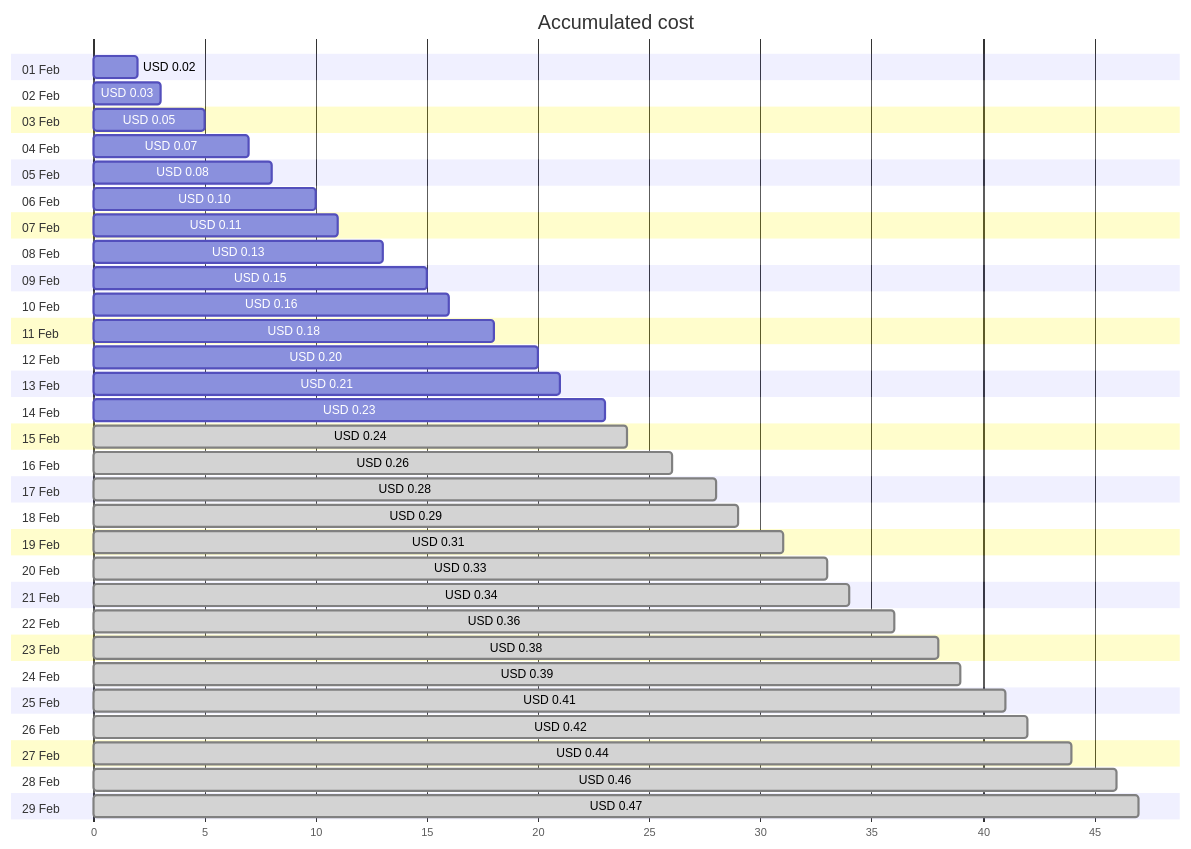
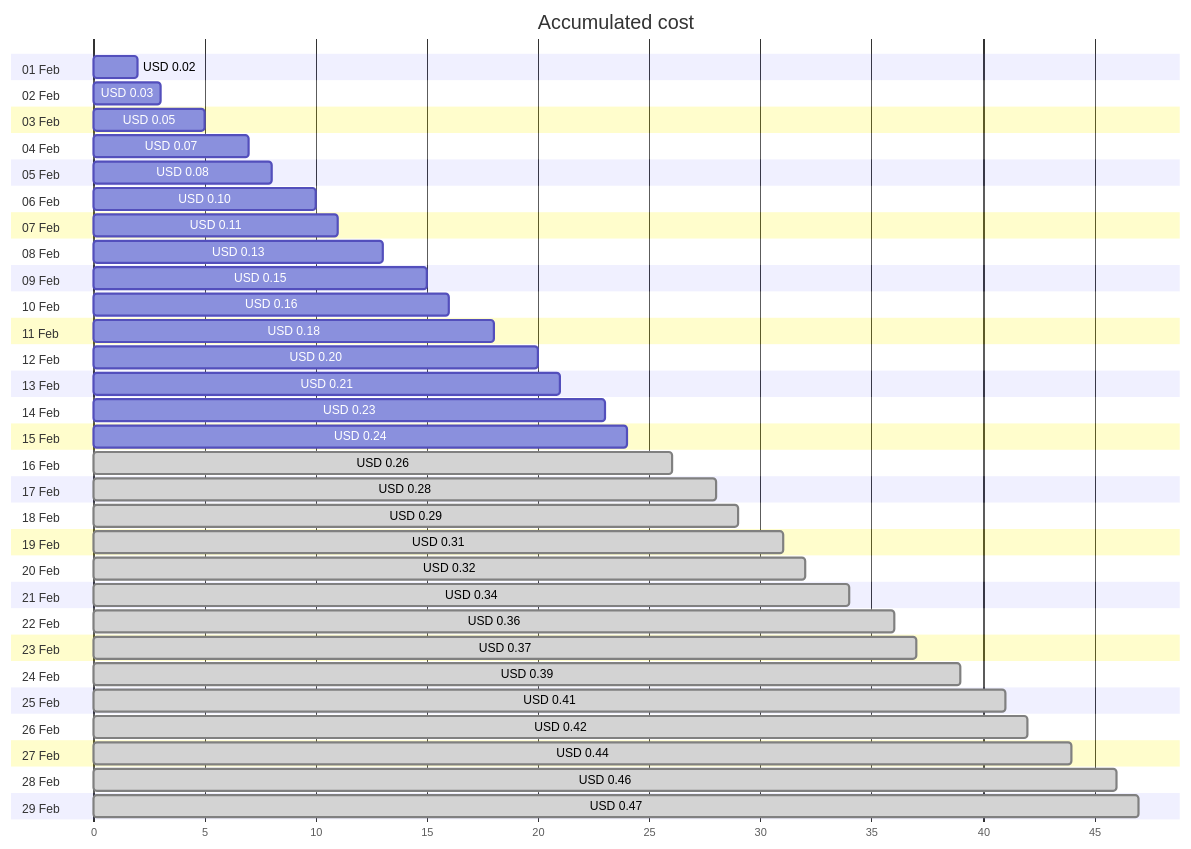
Before and after one commit to jpfulton/azure-personal-reports: the first of 4 diagrams in cost-reports/personal-dns/jpatrickfulton.com.md, drawn with Mermaid. The commit also changed other lines of this file and 2 other files, not shown here.

````diff
--- a/cost-reports/personal-dns/jpatrickfulton.com.md
+++ b/cost-reports/personal-dns/jpatrickfulton.com.md
@@ -20,64 +20,64 @@
 ```mermaid
 gantt
    title Accumulated cost
    dateFormat  X
    axisFormat %s
    section 01 Feb
    USD 0.02 :0, 2
    section 02 Feb
    USD 0.03 :0, 3
    section 03 Feb
    USD 0.05 :0, 5
    section 04 Feb
    USD 0.07 :0, 7
    section 05 Feb
    USD 0.08 :0, 8
    section 06 Feb
    USD 0.10 :0, 10
    section 07 Feb
    USD 0.11 :0, 11
    section 08 Feb
    USD 0.13 :0, 13
    section 09 Feb
    USD 0.15 :0, 15
    section 10 Feb
    USD 0.16 :0, 16
    section 11 Feb
    USD 0.18 :0, 18
    section 12 Feb
    USD 0.20 :0, 20
    section 13 Feb
    USD 0.21 :0, 21
    section 14 Feb
    USD 0.23 :0, 23
    section 15 Feb
-   USD 0.24 : done, 0, 24
+   USD 0.24 :0, 24
    section 16 Feb
    USD 0.26 : done, 0, 26
    section 17 Feb
    USD 0.28 : done, 0, 28
    section 18 Feb
    USD 0.29 : done, 0, 29
    section 19 Feb
    USD 0.31 : done, 0, 31
    section 20 Feb
-   USD 0.33 : done, 0, 33
+   USD 0.32 : done, 0, 32
    section 21 Feb
    USD 0.34 : done, 0, 34
    section 22 Feb
    USD 0.36 : done, 0, 36
    section 23 Feb
-   USD 0.38 : done, 0, 38
+   USD 0.37 : done, 0, 37
    section 24 Feb
    USD 0.39 : done, 0, 39
    section 25 Feb
    USD 0.41 : done, 0, 41
    section 26 Feb
    USD 0.42 : done, 0, 42
    section 27 Feb
    USD 0.44 : done, 0, 44
    section 28 Feb
    USD 0.46 : done, 0, 46
    section 29 Feb
    USD 0.47 : done, 0, 47
 ```
````
